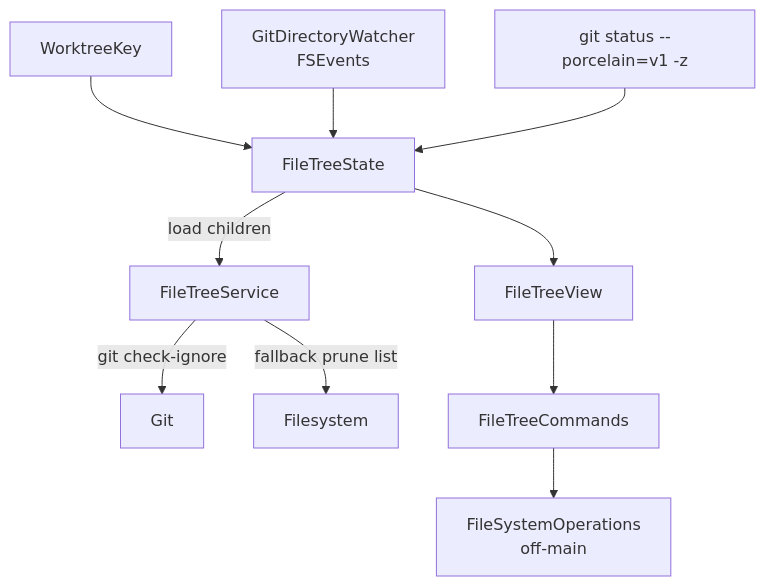
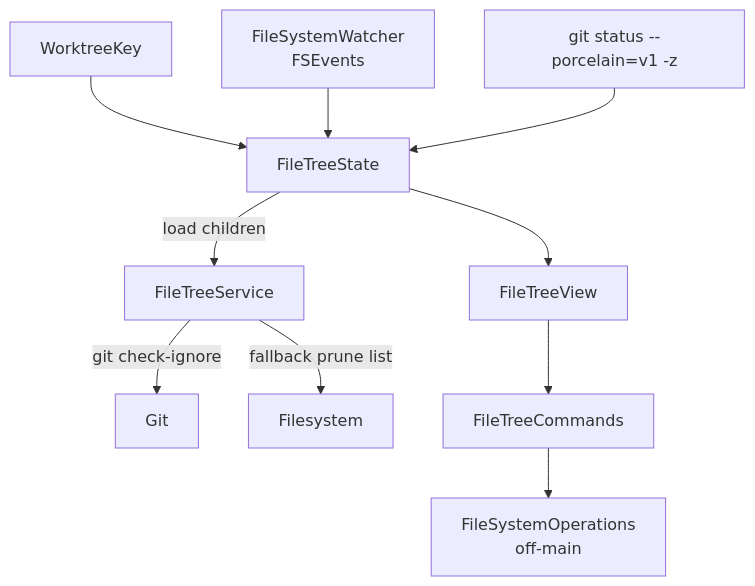
Before and after one commit to muxy-app/muxy: the diagram in docs/developer/architecture/file-tree.md, drawn with Mermaid. The commit also changed other lines of this file and 4 other files, not shown here.

````diff
--- a/docs/developer/architecture/file-tree.md
+++ b/docs/developer/architecture/file-tree.md
@@ -7,11 +7,11 @@
 ```mermaid
 flowchart TB
   Worktree[WorktreeKey] --> State[FileTreeState]
   State -->|load children| Service[FileTreeService]
   Service -->|git check-ignore| Git
   Service -->|fallback prune list| FS[Filesystem]
-  GitWatcher[GitDirectoryWatcher<br/>FSEvents] --> State
+  FSWatcher[FileSystemWatcher<br/>FSEvents] --> State
   Status[git status --porcelain=v1 -z] --> State
   State --> View[FileTreeView]
   View --> Commands[FileTreeCommands] --> Ops[FileSystemOperations<br/>off-main]
 ```
````
